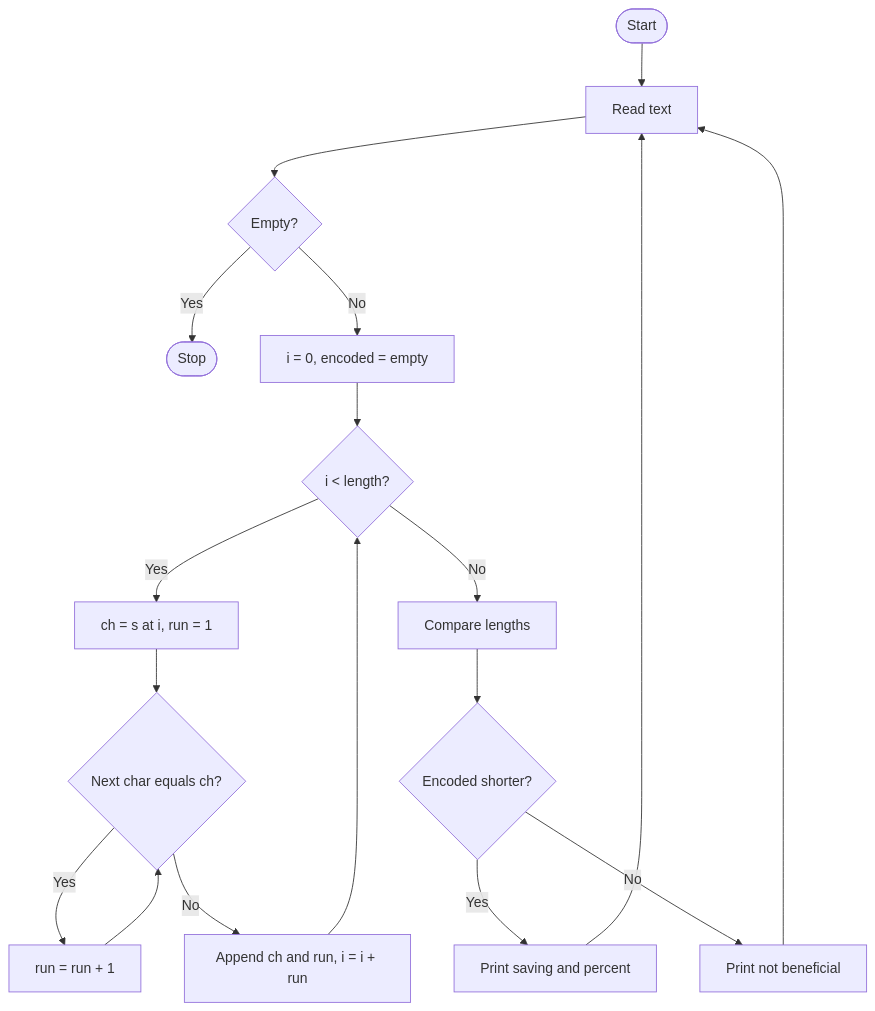
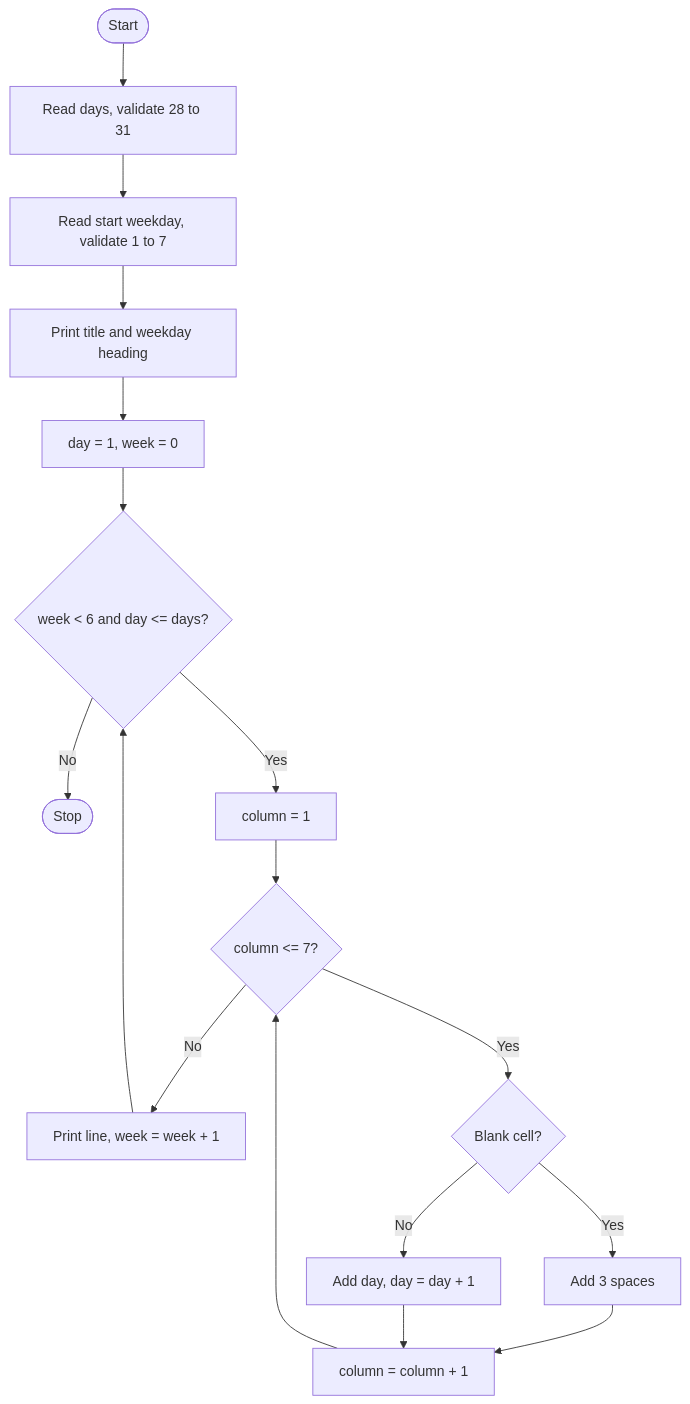
The diagram in README.md (shoukatsk28-gif/python-Activity-Based-Learning), drawn with Mermaid before and after one commit. The commit also changed other lines of this file and 2 other files, not shown here.

````diff
--- a/README.md
+++ b/README.md
@@ -53,19 +52,17 @@
 ```mermaid
 flowchart TD
-    A([Start]) --> B[Read text]
-    B --> C{Empty?}
-    C -- Yes --> Z([Stop])
-    C -- No --> D[i = 0, encoded = empty]
-    D --> E{i < length?}
-    E -- Yes --> F[ch = s at i, run = 1]
-    F --> G{Next char equals ch?}
-    G -- Yes --> H[run = run + 1] --> G
-    G -- No --> I[Append ch and run, i = i + run]
-    I --> E
-    E -- No --> J[Compare lengths]
-    J --> K{Encoded shorter?}
-    K -- Yes --> L[Print saving and percent]
-    K -- No --> M[Print not beneficial]
-    L --> B
-    M --> B
+    A([Start]) --> B[Read days, validate 28 to 31]
+    B --> C[Read start weekday, validate 1 to 7]
+    C --> D[Print title and weekday heading]
+    D --> E[day = 1, week = 0]
+    E --> F{week < 6 and day <= days?}
+    F -- No --> Z([Stop])
+    F -- Yes --> G[column = 1]
+    G --> H{column <= 7?}
+    H -- No --> L[Print line, week = week + 1] --> F
+    H -- Yes --> I{Blank cell?}
+    I -- Yes --> J[Add 3 spaces]
+    I -- No --> K[Add day, day = day + 1]
+    J --> M[column = column + 1] --> H
+    K --> M
 ```
````
